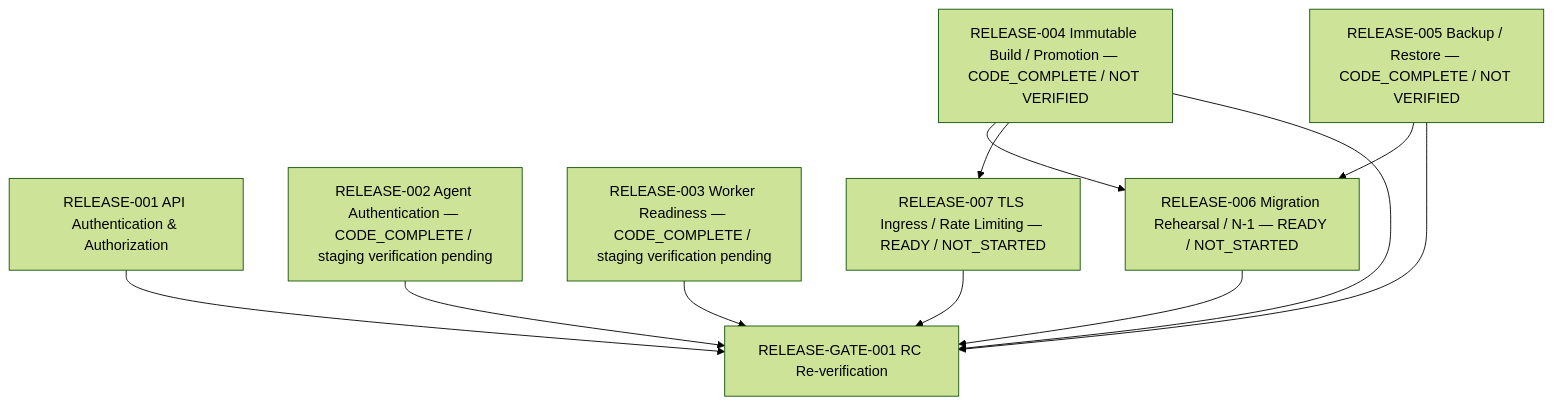
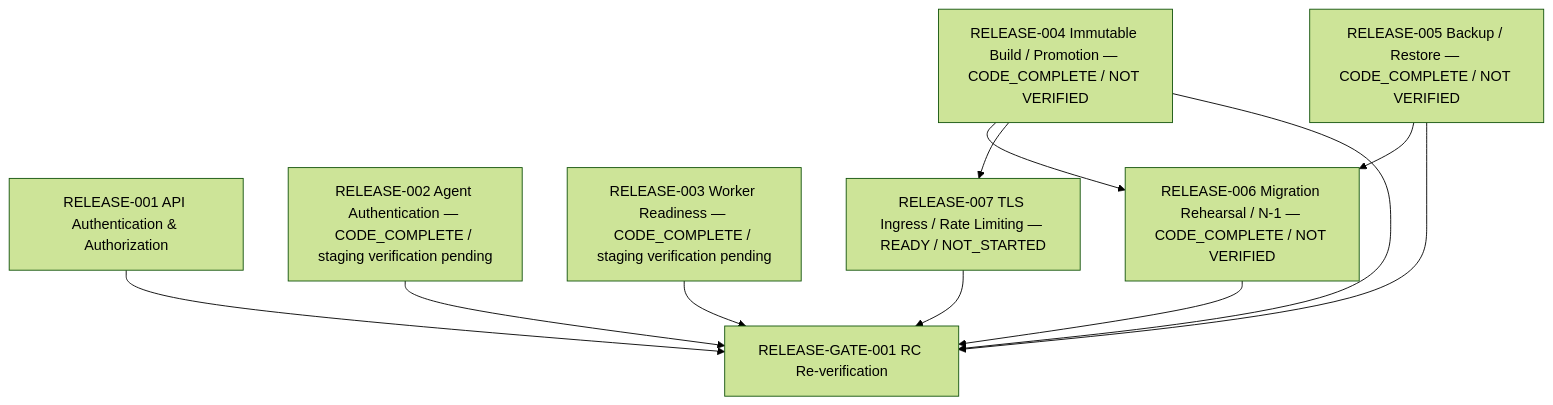
Before and after one commit to duclee9x/itcenter: the diagram in docs/release/RELEASE_DEPENDENCY_GRAPH.md, drawn with Mermaid (forest theme). The commit also changed other lines of this file and 21 other files, not shown here.

Commit message:
Implement RELEASE-006 migration rehearsal

````diff
--- a/docs/release/RELEASE_DEPENDENCY_GRAPH.md
+++ b/docs/release/RELEASE_DEPENDENCY_GRAPH.md
@@ -6,23 +6,23 @@
 ```mermaid
 flowchart TD
   R001[RELEASE-001 API Authentication & Authorization]
   R002[RELEASE-002 Agent Authentication — CODE_COMPLETE / staging verification pending]
   R003[RELEASE-003 Worker Readiness — CODE_COMPLETE / staging verification pending]
   R004[RELEASE-004 Immutable Build / Promotion — CODE_COMPLETE / NOT VERIFIED]
   R005[RELEASE-005 Backup / Restore — CODE_COMPLETE / NOT VERIFIED]
-  R006[RELEASE-006 Migration Rehearsal / N-1 — READY / NOT_STARTED]
+  R006[RELEASE-006 Migration Rehearsal / N-1 — CODE_COMPLETE / NOT VERIFIED]
   R007[RELEASE-007 TLS Ingress / Rate Limiting — READY / NOT_STARTED]
   G001[RELEASE-GATE-001 RC Re-verification]
 
   R004 --> R006
   R005 --> R006
   R004 --> R007
 
   R001 --> G001
   R002 --> G001
   R003 --> G001
   R004 --> G001
   R005 --> G001
   R006 --> G001
   R007 --> G001
 ```
````
